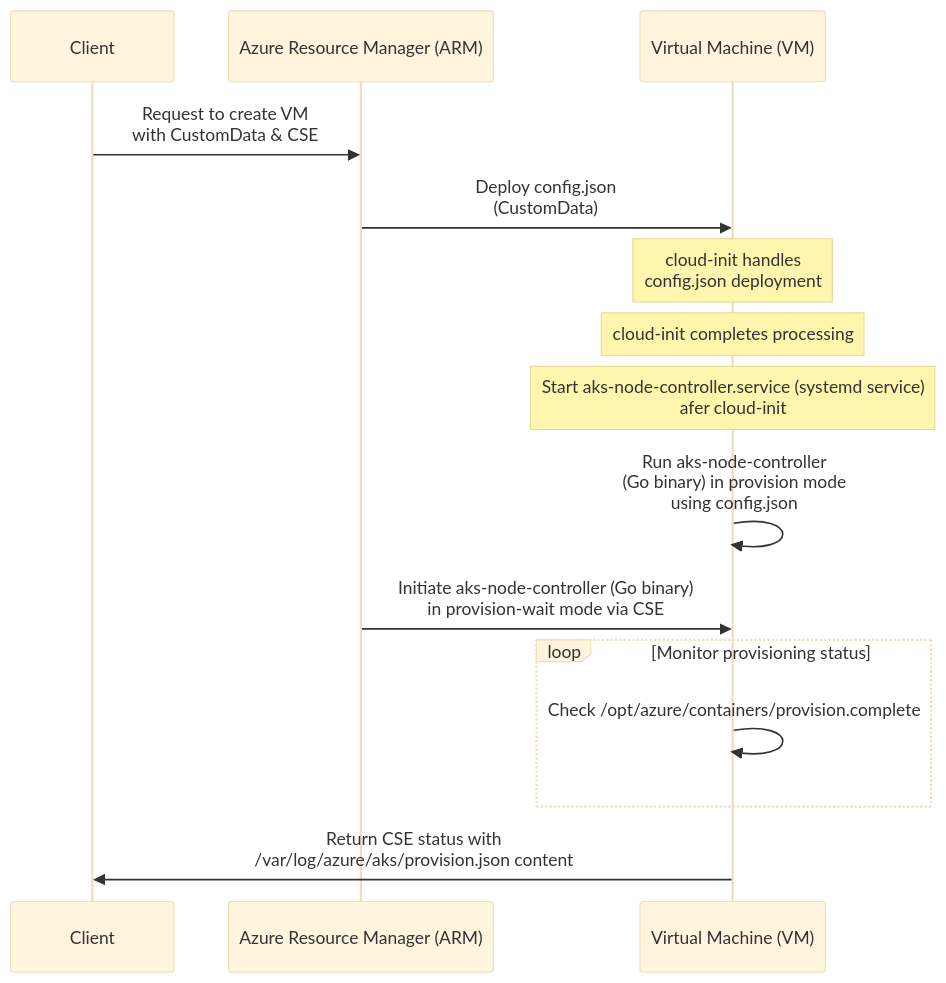
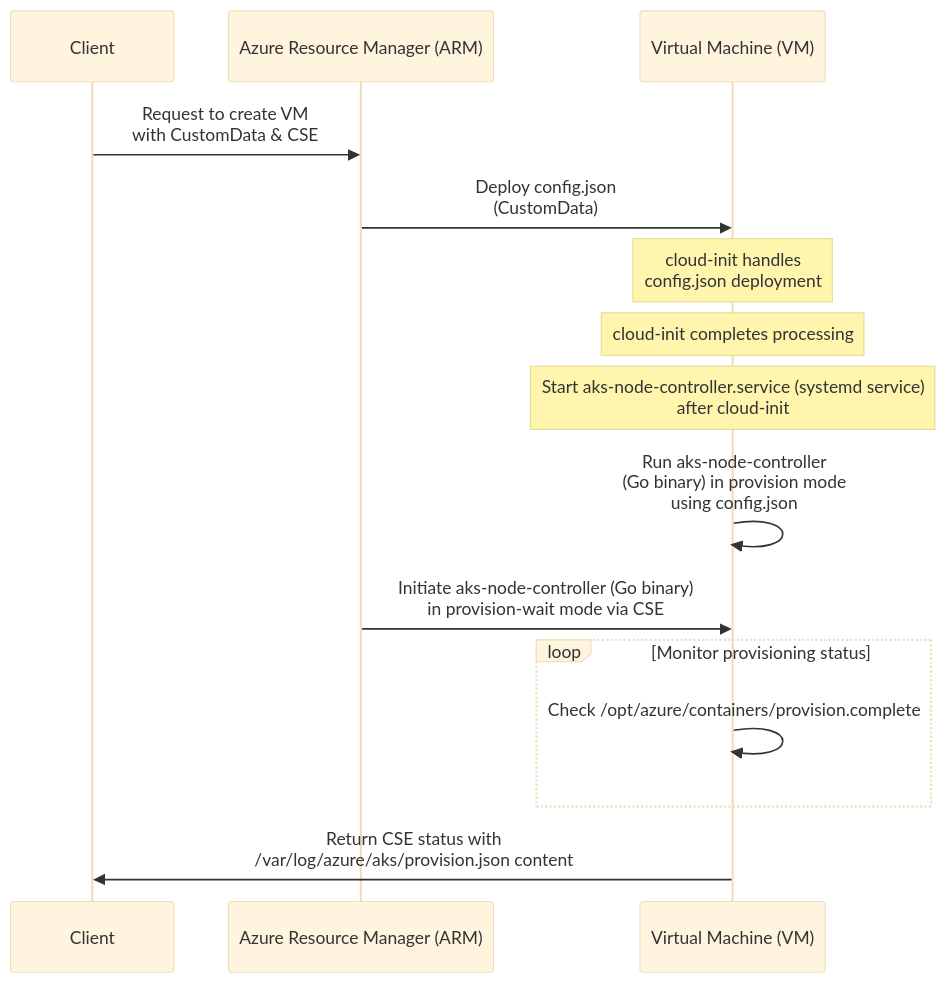
One commit to Azure/AgentBaker changed the diagram in aks-node-controller/README.md. Above: the diagram before and after it, drawn with Mermaid (base theme). The commit also changed other lines of this file, not shown here.

````diff
--- a/aks-node-controller/README.md
+++ b/aks-node-controller/README.md
@@ -111,22 +109,22 @@
 ```mermaid
 sequenceDiagram
     participant Client as Client
     participant ARM as Azure Resource Manager (ARM)
     participant VM as Virtual Machine (VM)
 
     Client->>ARM: Request to create VM<br/>with CustomData & CSE
     ARM->>VM: Deploy config.json<br/>(CustomData)
     note over VM: cloud-init handles<br/>config.json deployment
 
     note over VM: cloud-init completes processing
-    note over VM: Start aks-node-controller.service (systemd service)<br/> afer cloud-init
+    note over VM: Start aks-node-controller.service (systemd service)<br/> after cloud-init
     VM->>VM: Run aks-node-controller<br/>(Go binary) in provision mode<br/>using config.json
 
     ARM->>VM: Initiate aks-node-controller (Go binary)<br/>in provision-wait mode via CSE
 
     loop Monitor provisioning status
         VM->>VM: Check /opt/azure/containers/provision.complete
     end
 
     VM->>Client: Return CSE status with<br/>/var/log/azure/aks/provision.json content
 ```
````
